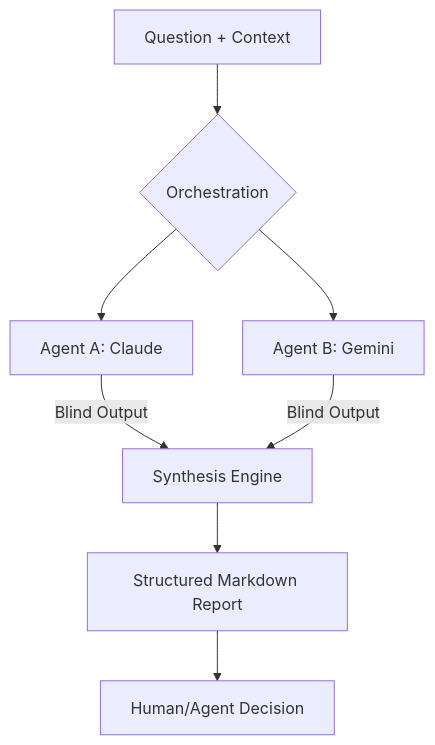
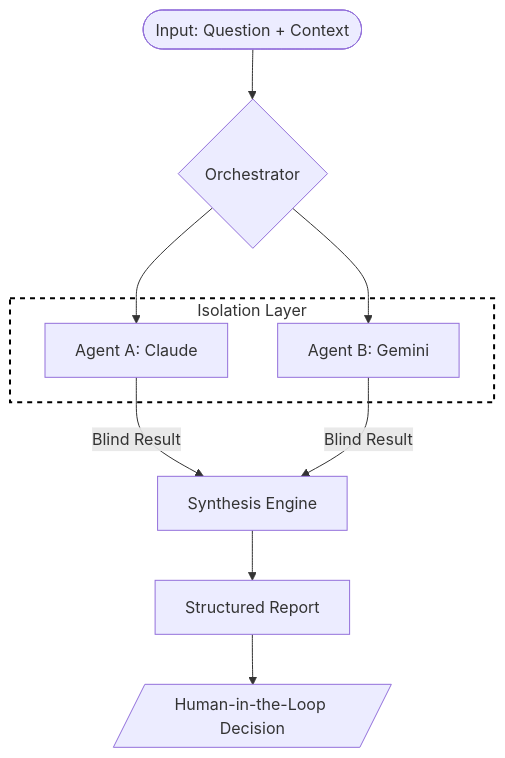
One commit to AsaqeLee/peer-consult changed the diagram in README.md. Above: the diagram before and after it, drawn with Mermaid. The commit also changed other lines of this file, not shown here.

````diff
--- a/README.md
+++ b/README.md
@@ -25,10 +30,19 @@
 ```mermaid
 graph TD
-    Input[Question + Context] --> Engine{Orchestration}
-    Engine --> Agent1[Agent A: Claude]
-    Engine --> Agent2[Agent B: Gemini]
-    Agent1 -- Blind Output --> Synthesis[Synthesis Engine]
-    Agent2 -- Blind Output --> Synthesis
-    Synthesis --> Report[Structured Markdown Report]
-    Report --> Audit[Human/Agent Decision]
+    subgraph Isolation_Layer [Isolation Layer]
+        A1[Agent A: Claude]
+        A2[Agent B: Gemini]
+    end
+    
+    Input([Input: Question + Context]) --> Engine{Orchestrator}
+    Engine --> A1
+    Engine --> A2
+    
+    A1 -- Blind Result --> Synthesis[Synthesis Engine]
+    A2 -- Blind Result --> Synthesis
+    
+    Synthesis --> Output[Structured Report]
+    Output --> Decision[/Human-in-the-Loop Decision/]
+    
+    style Isolation_Layer fill:none,stroke:#000,stroke-width:2px,stroke-dasharray: 5 5
 ```
````
